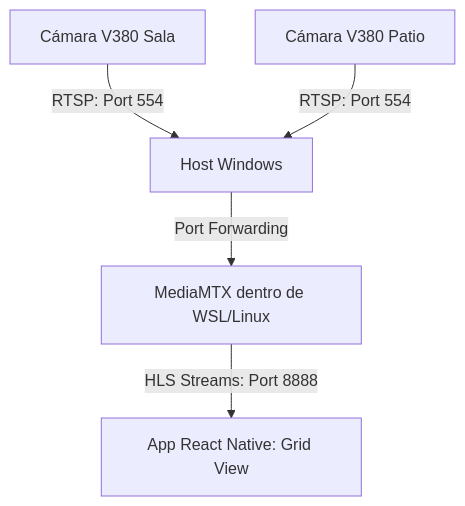
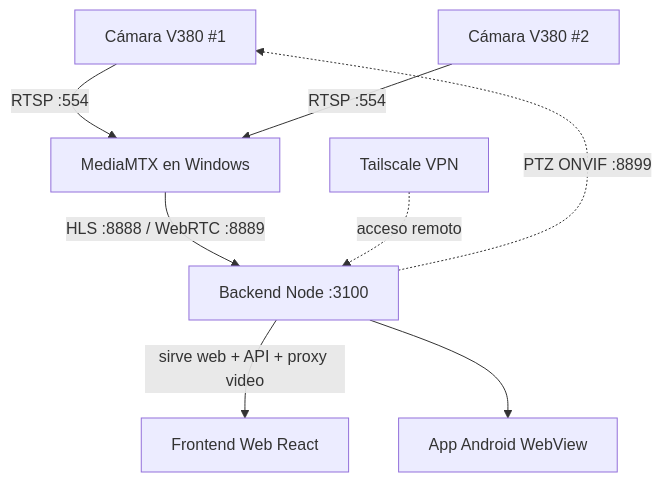
Before and after one commit to hfaalaniz/cuscam: the diagram in README.md, drawn with Mermaid. The commit also changed other lines of this file, not shown here.

````diff
--- a/README.md
+++ b/README.md
@@ -11,7 +31,10 @@
 ```mermaid
 graph TD
-    Cam1[Cámara V380 Sala] -->|RTSP: Port 554| WindowsHost[Host Windows]
-    Cam2[Cámara V380 Patio] -->|RTSP: Port 554| WindowsHost
-    WindowsHost -->|Port Forwarding| WSL[MediaMTX dentro de WSL/Linux]
-    WSL -->|HLS Streams: Port 8888| App[App React Native: Grid View]
+    Cam1[Cámara V380 #1] -->|RTSP :554| MTX[MediaMTX en Windows]
+    Cam2[Cámara V380 #2] -->|RTSP :554| MTX
+    MTX -->|HLS :8888 / WebRTC :8889| BE[Backend Node :3100]
+    BE -->|sirve web + API + proxy video| Web[Frontend Web React]
+    BE --> Android[App Android WebView]
+    BE -.->|PTZ ONVIF :8899| Cam1
+    Tailscale[Tailscale VPN] -.->|acceso remoto| BE
 ```
````
